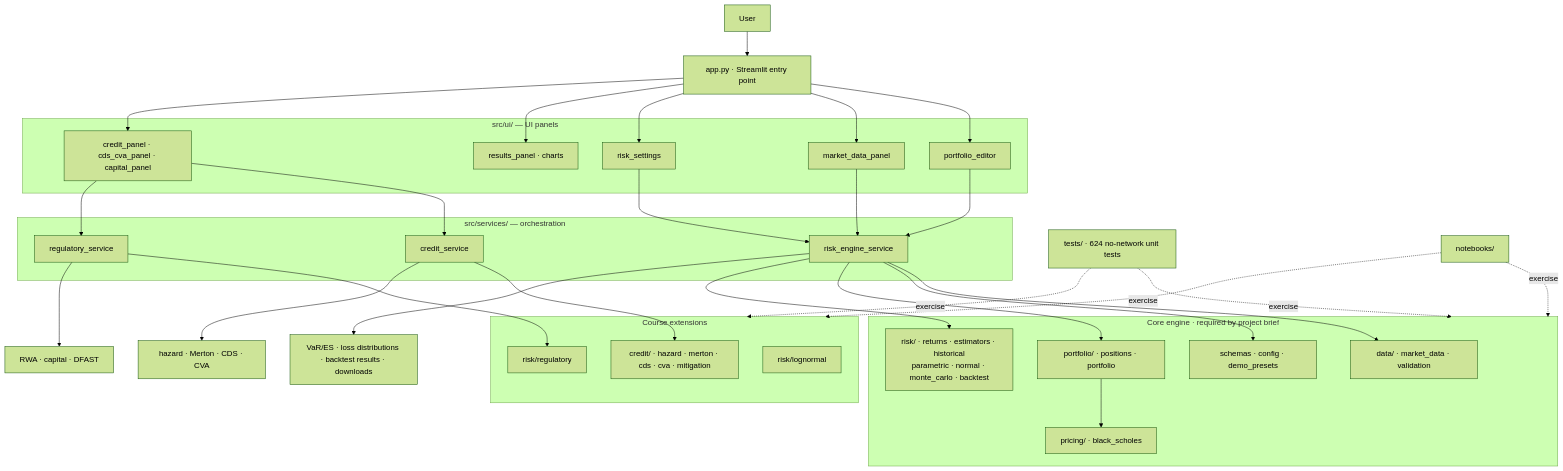
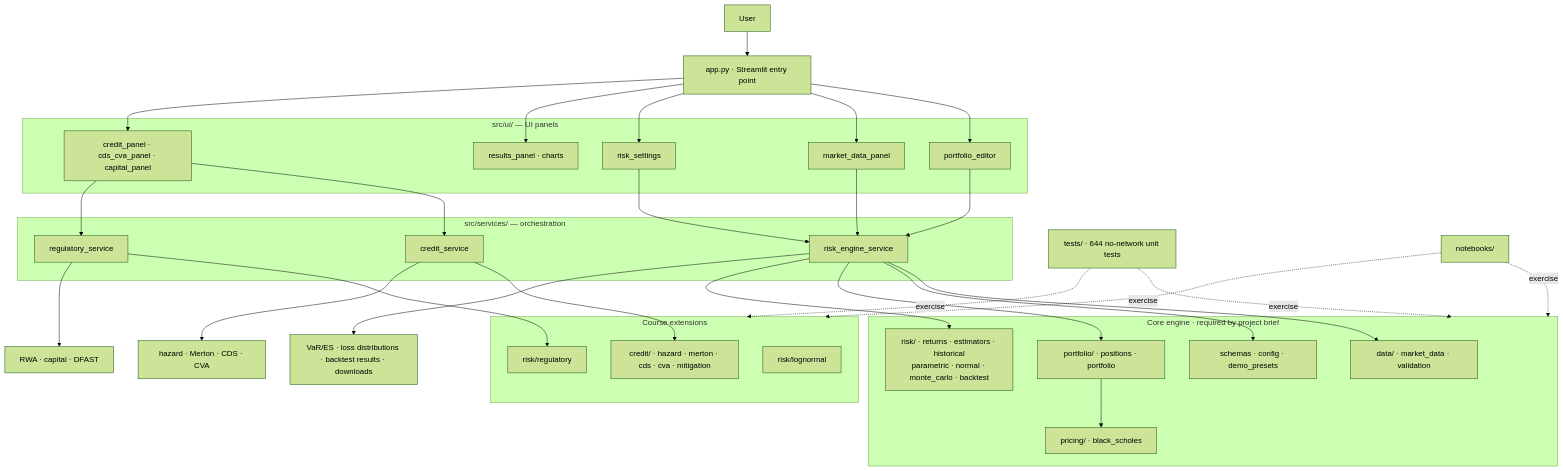
One commit to nl2992/MATH5320 changed the diagram in README.md. Above: the diagram before and after it, drawn with Mermaid (forest theme). The commit also changed other lines of this file and 13 other files, not shown here.

````diff
--- a/README.md
+++ b/README.md
@@ -30,51 +30,51 @@
 ```mermaid
 flowchart TB
     U["User"] --> APP["app.py · Streamlit entry point"]
 
     subgraph UI["src/ui/ — UI panels"]
         PE["portfolio_editor"]
         MD["market_data_panel"]
         RS["risk_settings"]
         RP["results_panel · charts"]
         XUI["credit_panel · cds_cva_panel · capital_panel"]
     end
 
     subgraph SVC["src/services/ — orchestration"]
         RSE["risk_engine_service"]
         CRS["credit_service"]
         RGS["regulatory_service"]
     end
 
     subgraph CORE["Core engine  ·  required by project brief"]
         DAT["data/ · market_data · validation"]
         CFG["schemas · config · demo_presets"]
         PRT["portfolio/ · positions · portfolio"]
         BSM["pricing/ · black_scholes"]
         RSK["risk/ · returns · estimators · historical<br/>parametric · normal · monte_carlo · backtest"]
     end
 
     subgraph EXT["Course extensions"]
         LOG["risk/lognormal"]
         REG["risk/regulatory"]
         CRD["credit/ · hazard · merton · cds · cva · mitigation"]
     end
 
     APP --> PE & MD & RS & RP & XUI
 
     PE --> RSE
     MD --> RSE
     RS --> RSE
     XUI --> CRS & RGS
 
     RSE --> DAT & CFG & PRT & RSK
     PRT --> BSM
     CRS --> CRD
     RGS --> REG
 
     RSE --> MOUT["VaR/ES · loss distributions · backtest results · downloads"]
     CRS --> COUT["hazard · Merton · CDS · CVA"]
     RGS --> ROUT["RWA · capital · DFAST"]
 
-    TST["tests/ · 624 no-network unit tests"] -. exercise .-> CORE & EXT
+    TST["tests/ · 644 no-network unit tests"] -. exercise .-> CORE & EXT
     NB["notebooks/"] -. exercise .-> CORE & EXT
 ```
````
